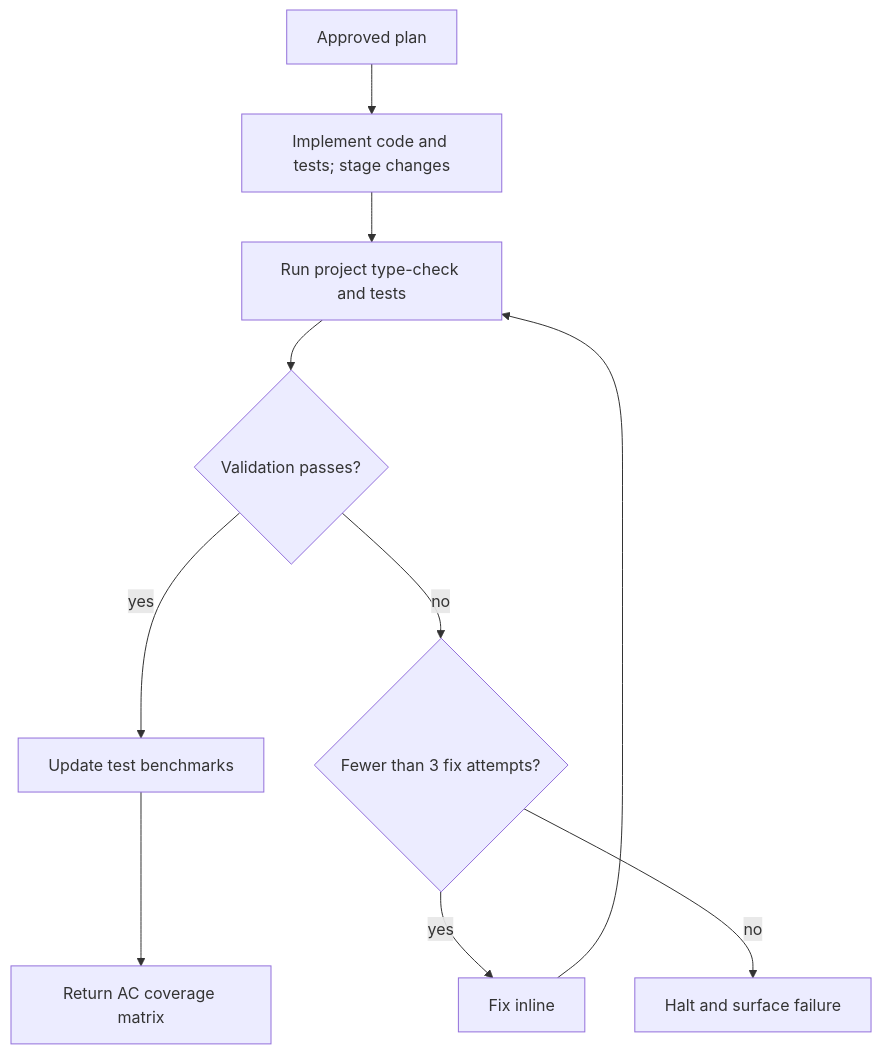
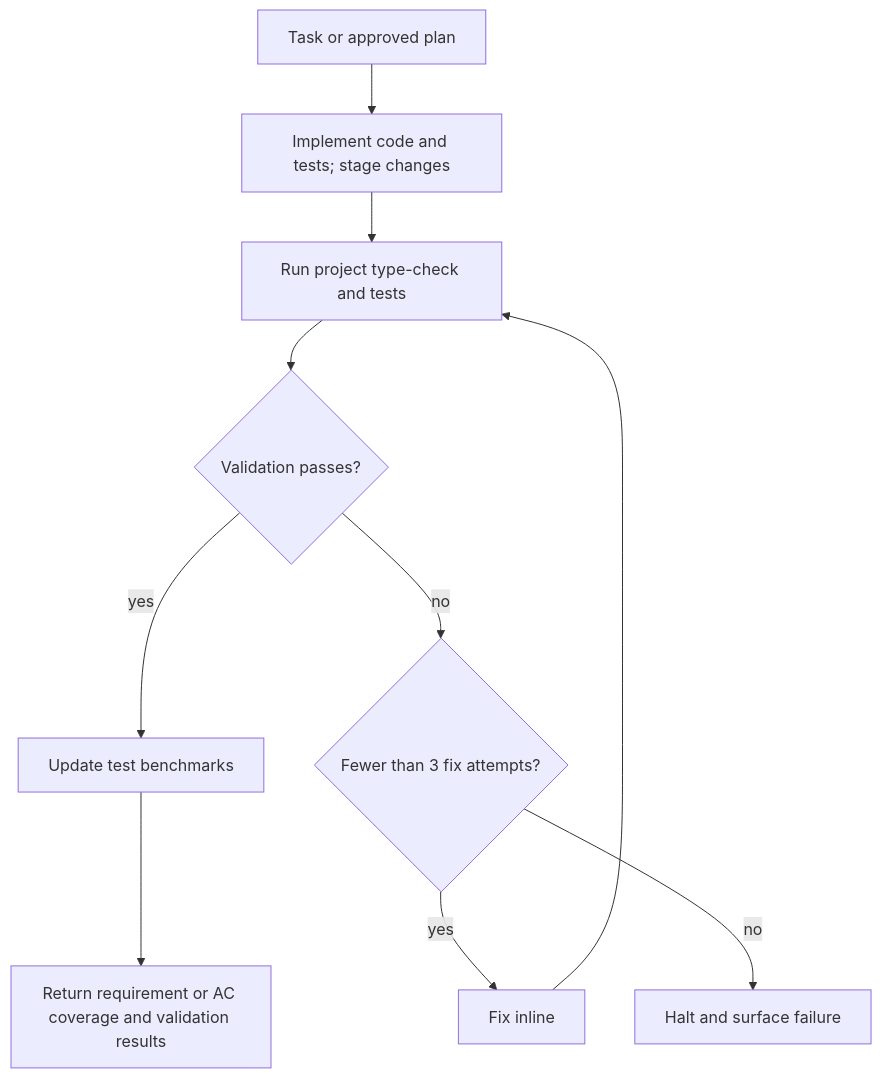
One commit to mrStorrs/dreamers-copilot changed the diagram in .github/skills/dreamers-implement/readme.md. Above: the diagram before and after it, drawn with Mermaid. The commit also changed other lines of this file and 29 other files, not shown here.

````diff
--- a/.github/skills/dreamers-implement/readme.md
+++ b/.github/skills/dreamers-implement/readme.md
@@ -5,12 +5,12 @@
 ```mermaid
 flowchart TD
-    P[Approved plan] --> I[Implement code and tests; stage changes]
+    P[Task or approved plan] --> I[Implement code and tests; stage changes]
     I --> V[Run project type-check and tests]
     V --> R{Validation passes?}
     R -->|yes| B[Update test benchmarks]
     R -->|no| A{Fewer than 3 fix attempts?}
     A -->|yes| F[Fix inline]
     F --> V
     A -->|no| H[Halt and surface failure]
-    B --> E[Return AC coverage matrix]
+    B --> E[Return requirement or AC coverage and validation results]
 ```
````
